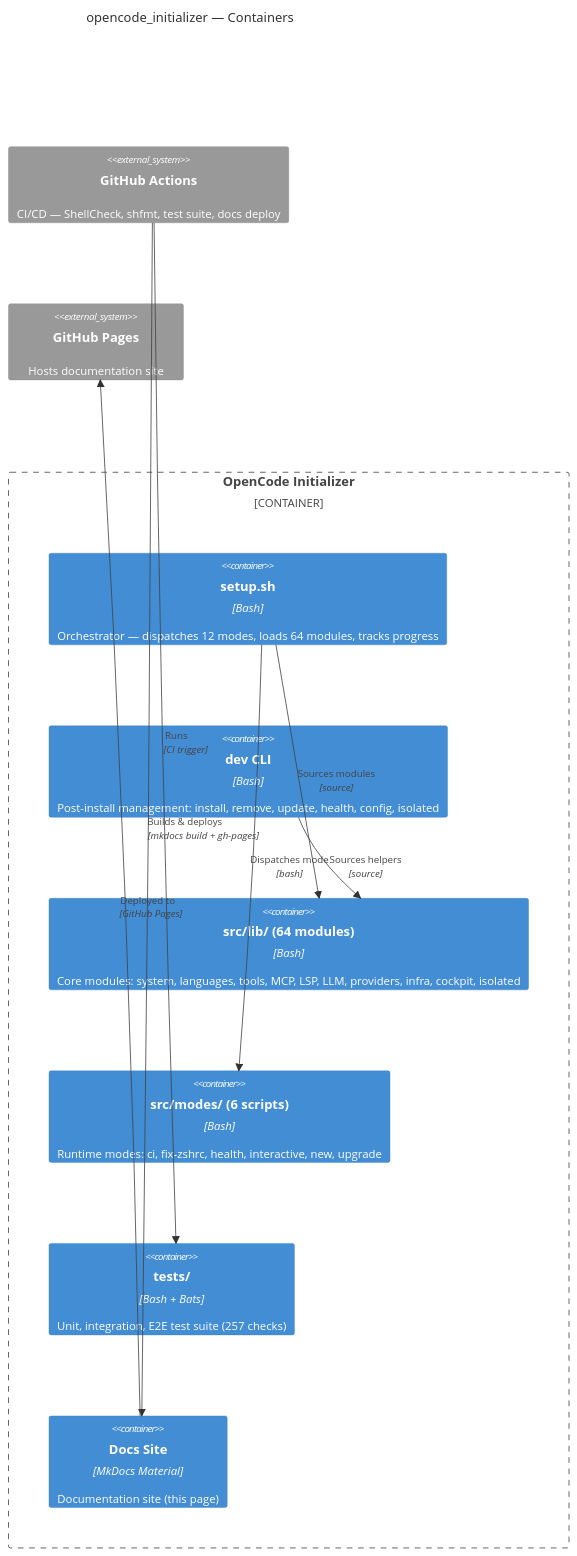
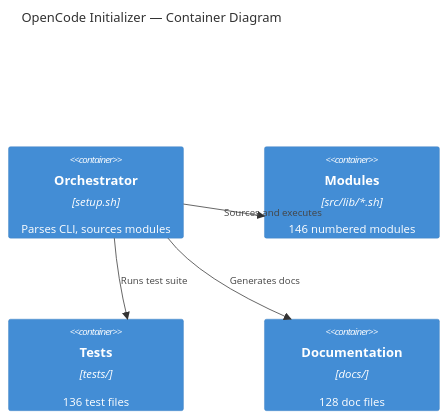
The second of 2 diagrams in docs/architecture/index.en.md (AlexanderNarbaev/opencode_initializer), drawn with Mermaid before and after one commit. The commit also changed other lines of this file and 38 other files, not shown here.

First line of the commit message:
fix: complete documentation build and missing modules

````diff
--- a/docs/architecture/index.en.md
+++ b/docs/architecture/index.en.md
@@ -32,23 +26,13 @@
 ```mermaid
 C4Container
-    title opencode_initializer — Containers
-
-    Container_Boundary(oci, "OpenCode Initializer") {
-        Container(setup, "setup.sh", "Bash", "Orchestrator — dispatches 12 modes, loads 64 modules, tracks progress")
-        Container(dev_cli, "dev CLI", "Bash", "Post-install management: install, remove, update, health, config, isolated")
-        Container(lib, "src/lib/ (64 modules)", "Bash", "Core modules: system, languages, tools, MCP, LSP, LLM, providers, infra, cockpit, isolated")
-        Container(modes, "src/modes/ (6 scripts)", "Bash", "Runtime modes: ci, fix-zshrc, health, interactive, new, upgrade")
-        Container(tests, "tests/", "Bash + Bats", "Unit, integration, E2E test suite (257 checks)")
-        Container(docs_site, "Docs Site", "MkDocs Material", "Documentation site (this page)")
-    }
-
-    System_Ext(gh_actions, "GitHub Actions", "CI/CD — ShellCheck, shfmt, test suite, docs deploy")
-    System_Ext(github_pages, "GitHub Pages", "Hosts documentation site")
-
-    Rel(setup, lib, "Sources modules", "source")
-    Rel(setup, modes, "Dispatches mode", "bash")
-    Rel(dev_cli, lib, "Sources helpers", "source")
-    Rel(gh_actions, tests, "Runs", "CI trigger")
-    Rel(gh_actions, docs_site, "Builds & deploys", "mkdocs build + gh-pages")
-    Rel(docs_site, github_pages, "Deployed to", "GitHub Pages")
+    title OpenCode Initializer — Container Diagram
+    
+    Container(orch, "Orchestrator", "setup.sh", "Parses CLI, sources modules")
+    Container(modules, "Modules", "src/lib/*.sh", "146 numbered modules")
+    Container(tests, "Tests", "tests/", "136 test files")
+    Container(docs, "Documentation", "docs/", "128 doc files")
+    
+    Rel(orch, modules, "Sources and executes")
+    Rel(orch, tests, "Runs test suite")
+    Rel(orch, docs, "Generates docs")
 ```
````
